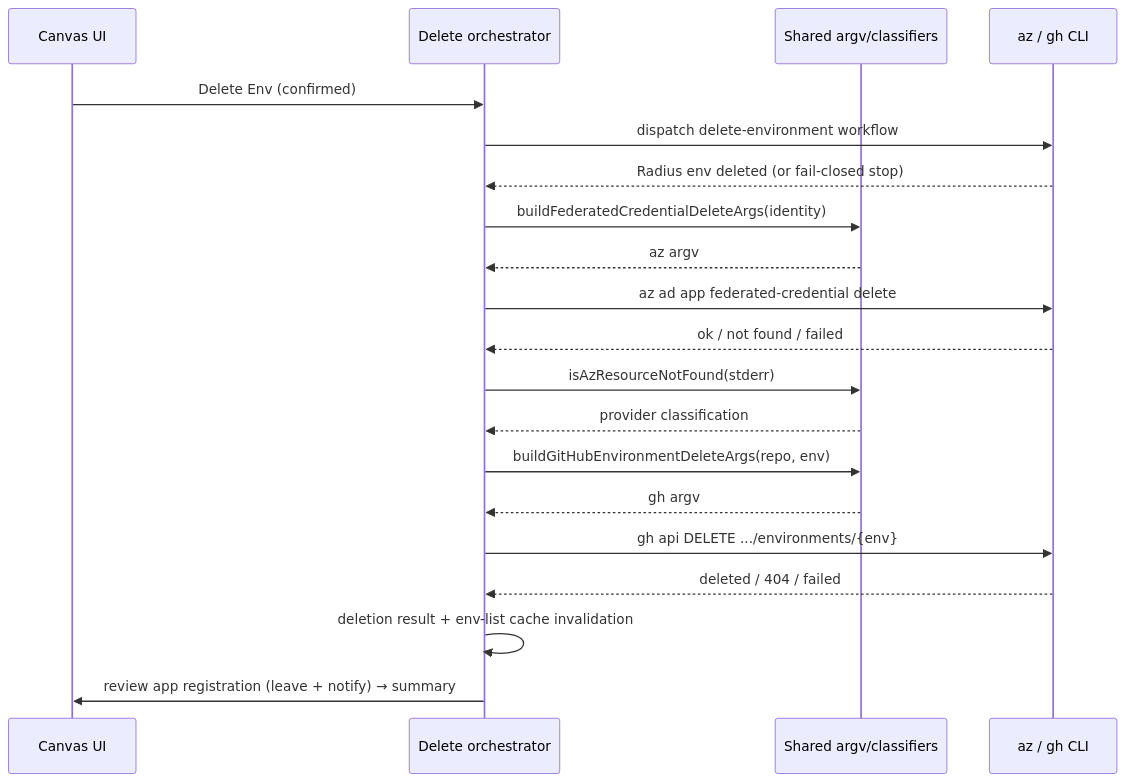
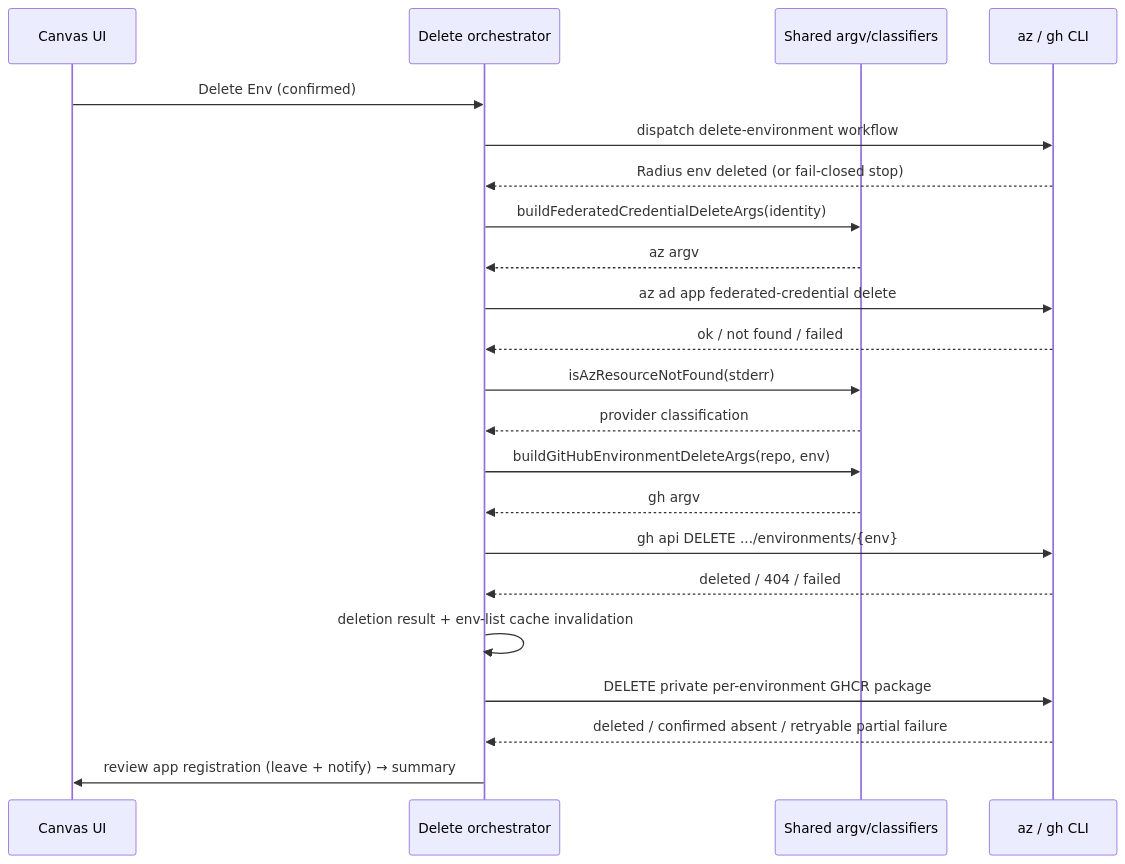
The second of 2 diagrams in docs/design/2026-08-environment-deletion-cloud-cleanup.md (radius-project/ai-extensions), drawn with Mermaid before and after one commit. The commit also changed other lines of this file and 11 other files, not shown here.

````diff
--- a/docs/design/2026-08-environment-deletion-cloud-cleanup.md
+++ b/docs/design/2026-08-environment-deletion-cloud-cleanup.md
@@ -133,23 +126,25 @@
 ```mermaid
 sequenceDiagram
   participant UI as Canvas UI
   participant Flow as Delete orchestrator
   participant Shared as Shared argv/classifiers
   participant Ext as az / gh CLI
 
   UI->>Flow: Delete Env (confirmed)
   Flow->>Ext: dispatch delete-environment workflow
   Ext-->>Flow: Radius env deleted (or fail-closed stop)
   Flow->>Shared: buildFederatedCredentialDeleteArgs(identity)
   Shared-->>Flow: az argv
   Flow->>Ext: az ad app federated-credential delete
   Ext-->>Flow: ok / not found / failed
   Flow->>Shared: isAzResourceNotFound(stderr)
   Shared-->>Flow: provider classification
   Flow->>Shared: buildGitHubEnvironmentDeleteArgs(repo, env)
   Shared-->>Flow: gh argv
   Flow->>Ext: gh api DELETE .../environments/{env}
   Ext-->>Flow: deleted / 404 / failed
   Flow->>Flow: deletion result + env-list cache invalidation
+  Flow->>Ext: DELETE private per-environment GHCR package
+  Ext-->>Flow: deleted / confirmed absent / retryable partial failure
   Flow->>UI: review app registration (leave + notify) → summary
 ```
````
